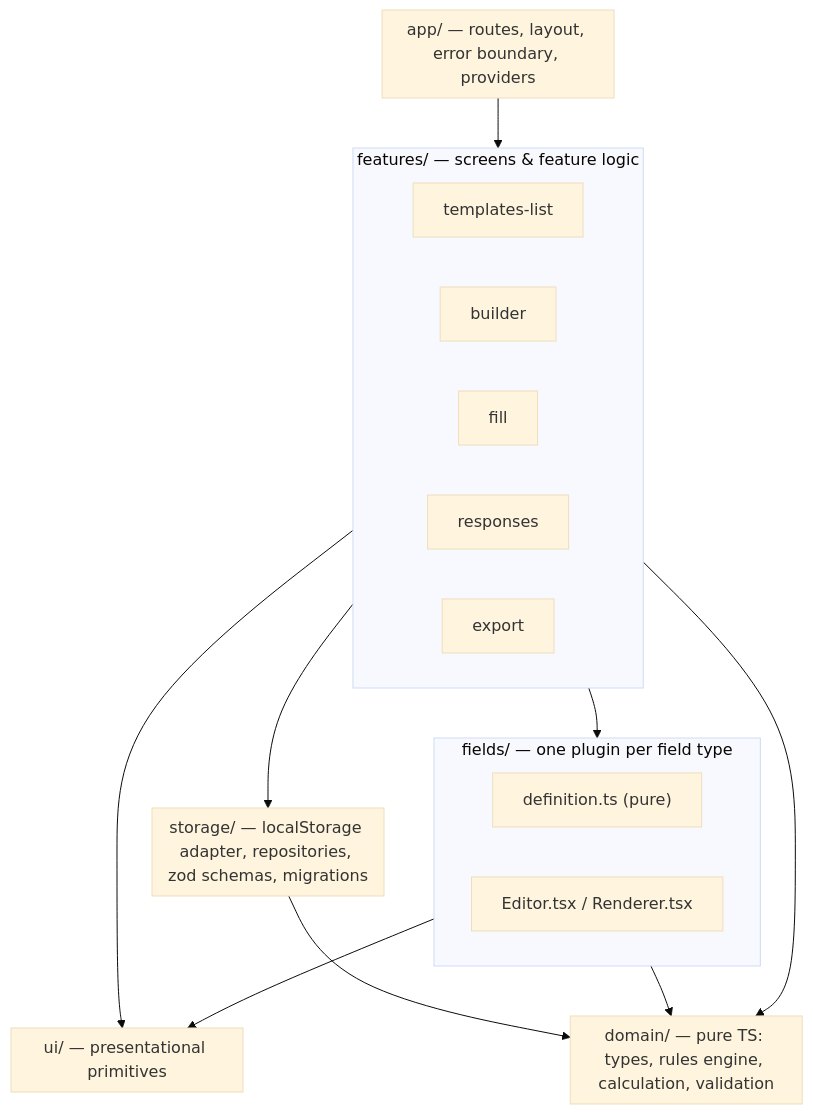
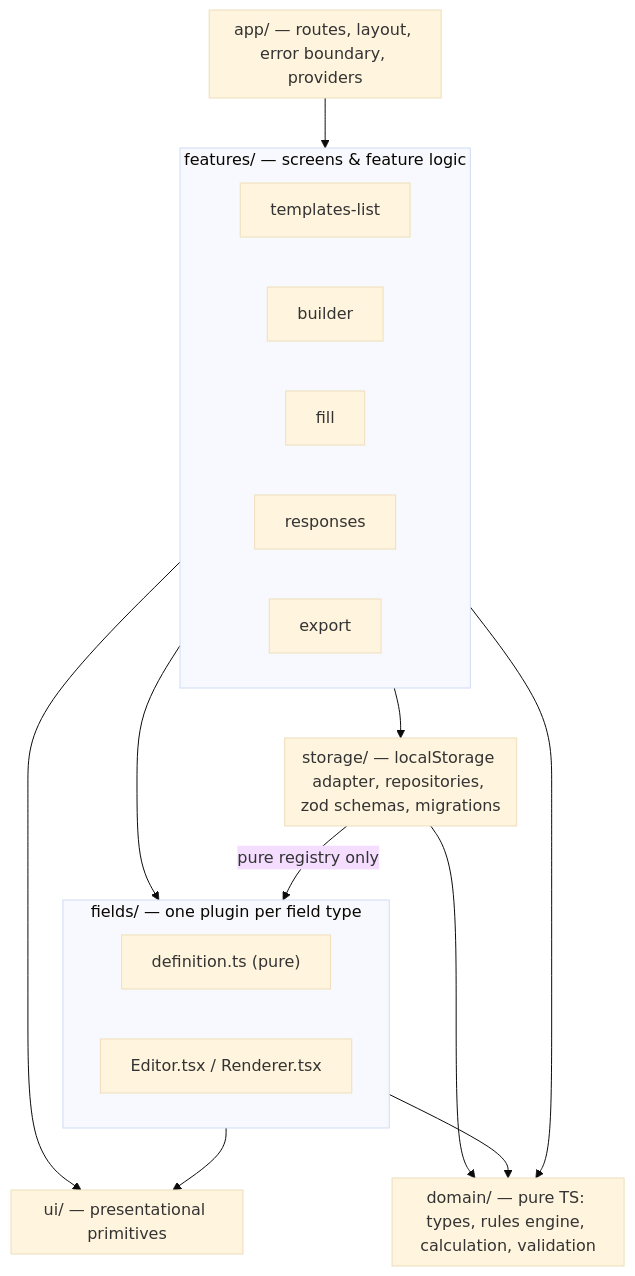
One commit to tarungupta9/form-builder changed the first of 2 diagrams in docs/high-level-design.md. Above: the diagram before and after it, drawn with Mermaid (base theme). The commit also changed other lines of this file and 59 other files, not shown here.

````diff
--- a/docs/high-level-design.md
+++ b/docs/high-level-design.md
@@ -119,31 +119,32 @@
 ```mermaid
 flowchart TD
   subgraph App["app/ — routes, layout, error boundary, providers"]
   end
   subgraph Features["features/ — screens & feature logic"]
     TL[templates-list]
     BLD[builder]
     FILL[fill]
     RESP[responses]
     EXP[export]
   end
   subgraph Fields["fields/ — one plugin per field type"]
     DEF["definition.ts (pure)"]
     UI["Editor.tsx / Renderer.tsx"]
   end
   subgraph UIKit["ui/ — presentational primitives"]
   end
   subgraph Domain["domain/ — pure TS: types, rules engine, calculation, validation"]
   end
   subgraph Storage["storage/ — localStorage adapter, repositories, zod schemas, migrations"]
   end
 
   App --> Features
   Features --> Fields
   Features --> UIKit
   Features --> Storage
   Fields --> UIKit
   Fields --> Domain
   Features --> Domain
   Storage --> Domain
+  Storage -- "pure registry only" --> Fields
 ```
````
